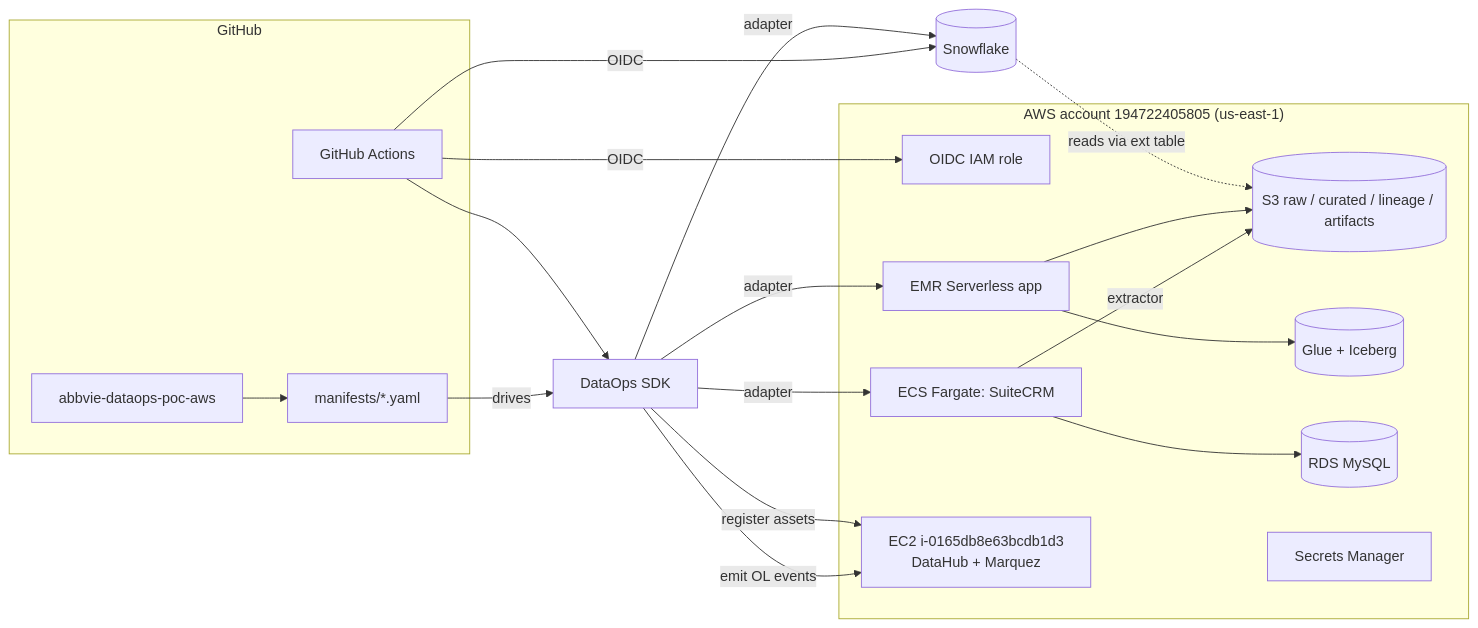
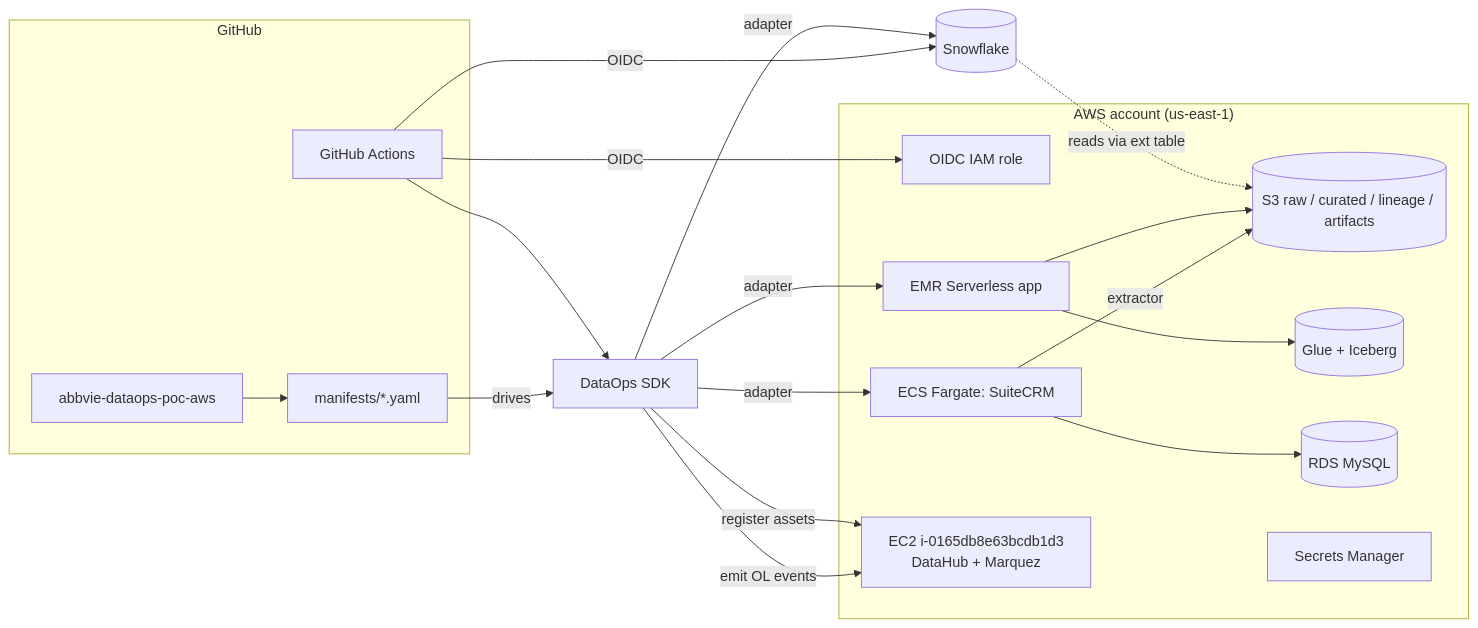
One commit to sfc-gh-palapaty/abbvie-dataops-sdk changed the diagram in README.md. Above: the diagram before and after it, drawn with Mermaid. The commit also changed other lines of this file and 7 other files, not shown here.

````diff
--- a/README.md
+++ b/README.md
@@ -25,39 +25,39 @@
 ```mermaid
 flowchart LR
   subgraph GH[GitHub]
     REPO[abbvie-dataops-poc-aws]
     GHA[GitHub Actions]
     MFST[manifests/*.yaml]
   end
 
-  subgraph AWS["AWS account 194722405805 (us-east-1)"]
+  subgraph AWS["AWS account <AWS_ACCOUNT_ID> (us-east-1)"]
     OIDC[OIDC IAM role]
     S3[(S3 raw / curated / lineage / artifacts)]
     GLUE[(Glue + Iceberg)]
     EMR[EMR Serverless app]
     ECS[ECS Fargate: SuiteCRM]
     RDS[(RDS MySQL)]
     EC2DH["EC2 i-0165db8e63bcdb1d3<br/>DataHub + Marquez"]
     SM[Secrets Manager]
   end
 
   SF[(Snowflake)]
 
   GHA -->|OIDC| OIDC
   GHA -->|OIDC| SF
   REPO --> MFST
   MFST -->|drives| SDK[DataOps SDK]
   GHA --> SDK
 
   SDK -->|adapter| EMR
   SDK -->|adapter| SF
   SDK -->|adapter| ECS
   SDK -->|emit OL events| EC2DH
   SDK -->|register assets| EC2DH
 
   ECS --> RDS
   ECS -- extractor --> S3
   EMR --> S3
   EMR --> GLUE
   SF -.reads via ext table.-> S3
 ```
````
